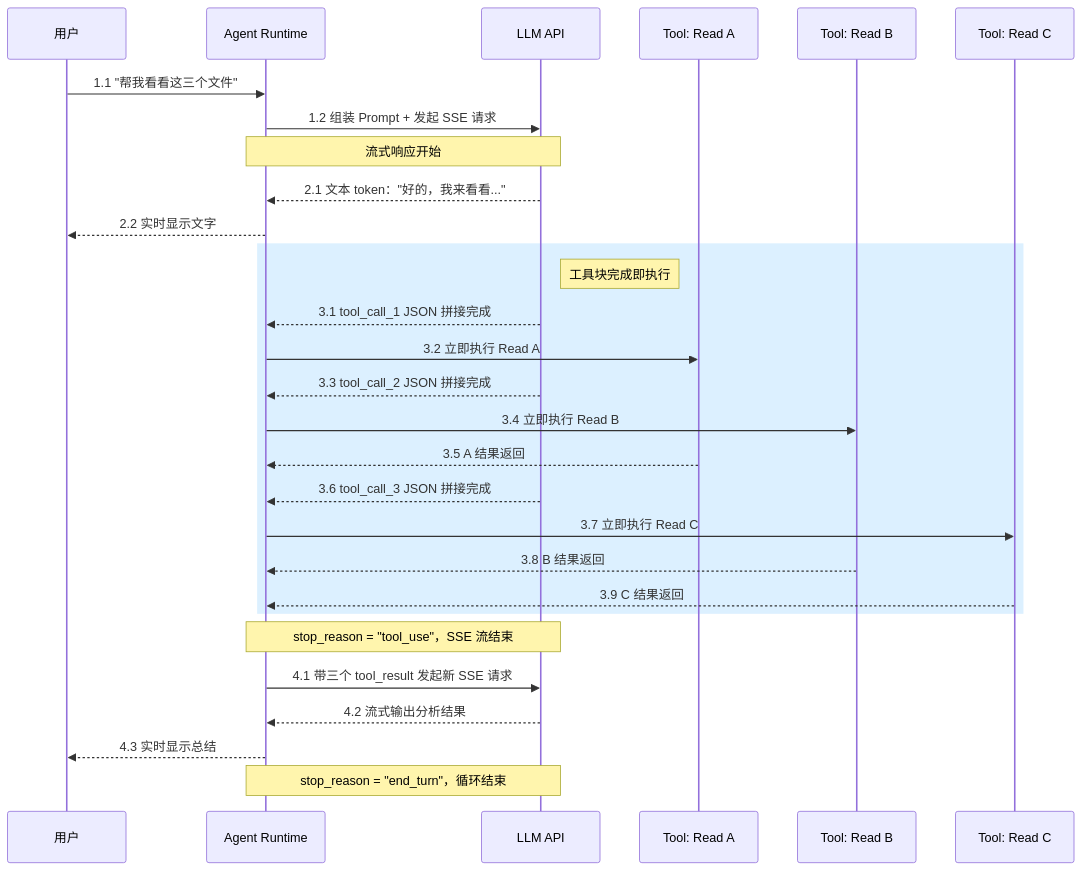
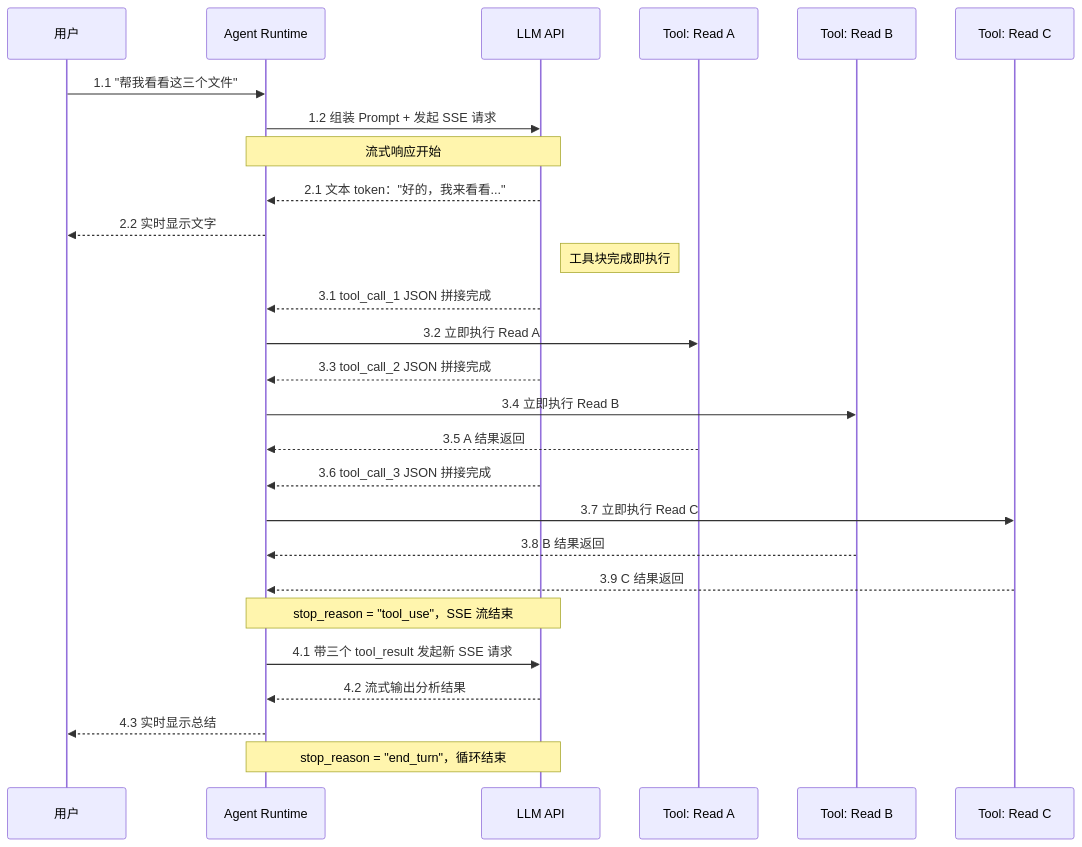
One commit to caosiwei97/agent-loop-demo changed the first of 5 diagrams in source/Agent-Loop-深度分享.md. Above: the diagram before and after it, drawn with Mermaid. The commit also changed other lines of this file and 2 other files, not shown here.

Commit message:
feat: 添加多工具流水线交互演示并同步源文档与时序图

````diff
--- a/source/Agent-Loop-深度分享.md
+++ b/source/Agent-Loop-深度分享.md
@@ -99,35 +101,33 @@
 ```mermaid
 sequenceDiagram
     participant U as 用户
     participant R as Agent Runtime
     participant API as LLM API
     participant T1 as Tool: Read A
     participant T2 as Tool: Read B
     participant T3 as Tool: Read C
 
     U->>R: 1.1 "帮我看看这三个文件"
     R->>API: 1.2 组装 Prompt + 发起 SSE 请求
 
     Note over API,R: 流式响应开始
     API-->>R: 2.1 文本 token："好的，我来看看..."
     R-->>U: 2.2 实时显示文字
 
-    rect rgb(220, 240, 255)
-        Note right of API: 工具块完成即执行
-        API-->>R: 3.1 tool_call_1 JSON 拼接完成
-        R->>T1: 3.2 立即执行 Read A
-        API-->>R: 3.3 tool_call_2 JSON 拼接完成
-        R->>T2: 3.4 立即执行 Read B
-        T1-->>R: 3.5 A 结果返回
-        API-->>R: 3.6 tool_call_3 JSON 拼接完成
-        R->>T3: 3.7 立即执行 Read C
-        T2-->>R: 3.8 B 结果返回
-        T3-->>R: 3.9 C 结果返回
-    end
+    Note right of API: 工具块完成即执行
+    API-->>R: 3.1 tool_call_1 JSON 拼接完成
+    R->>T1: 3.2 立即执行 Read A
+    API-->>R: 3.3 tool_call_2 JSON 拼接完成
+    R->>T2: 3.4 立即执行 Read B
+    T1-->>R: 3.5 A 结果返回
+    API-->>R: 3.6 tool_call_3 JSON 拼接完成
+    R->>T3: 3.7 立即执行 Read C
+    T2-->>R: 3.8 B 结果返回
+    T3-->>R: 3.9 C 结果返回
 
     Note over API,R: stop_reason = "tool_use"，SSE 流结束
     R->>API: 4.1 带三个 tool_result 发起新 SSE 请求
     API-->>R: 4.2 流式输出分析结果
     R-->>U: 4.3 实时显示总结
     Note over API,R: stop_reason = "end_turn"，循环结束
 ```
````
